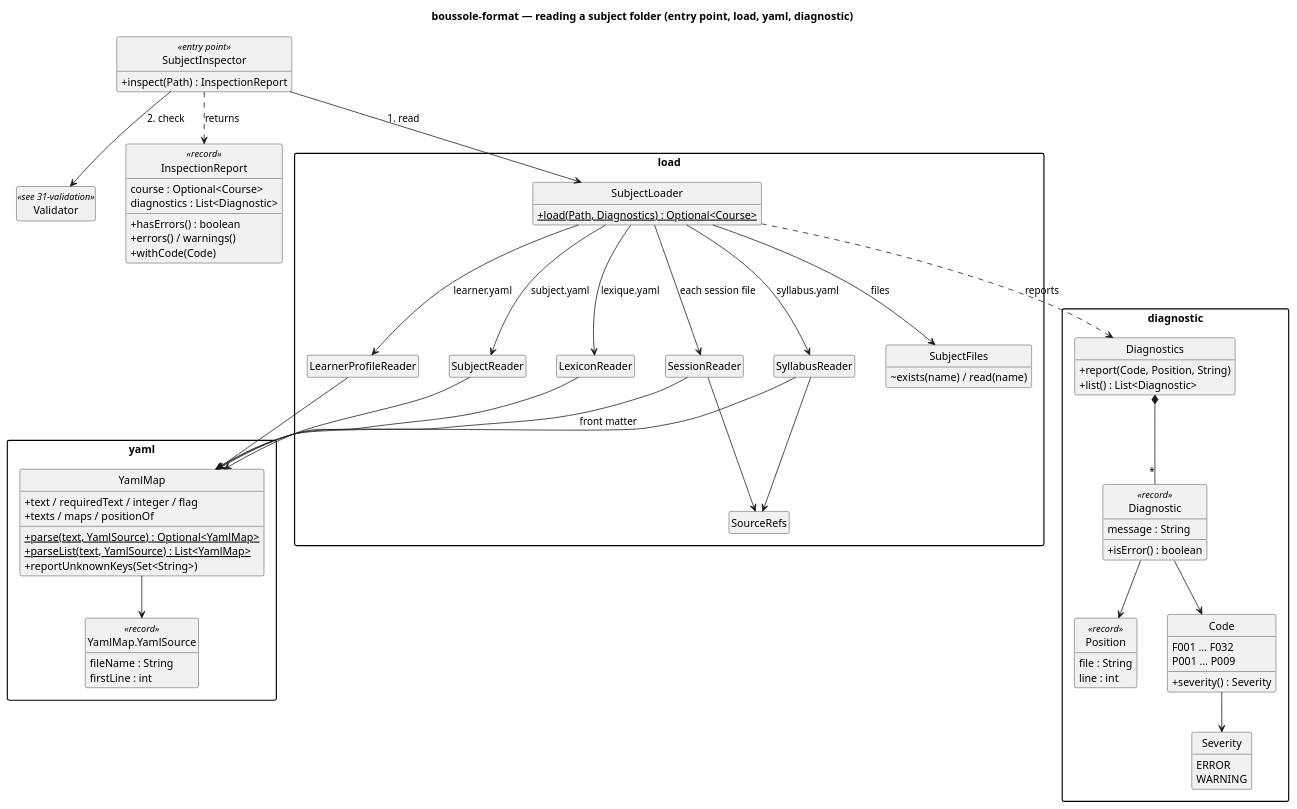
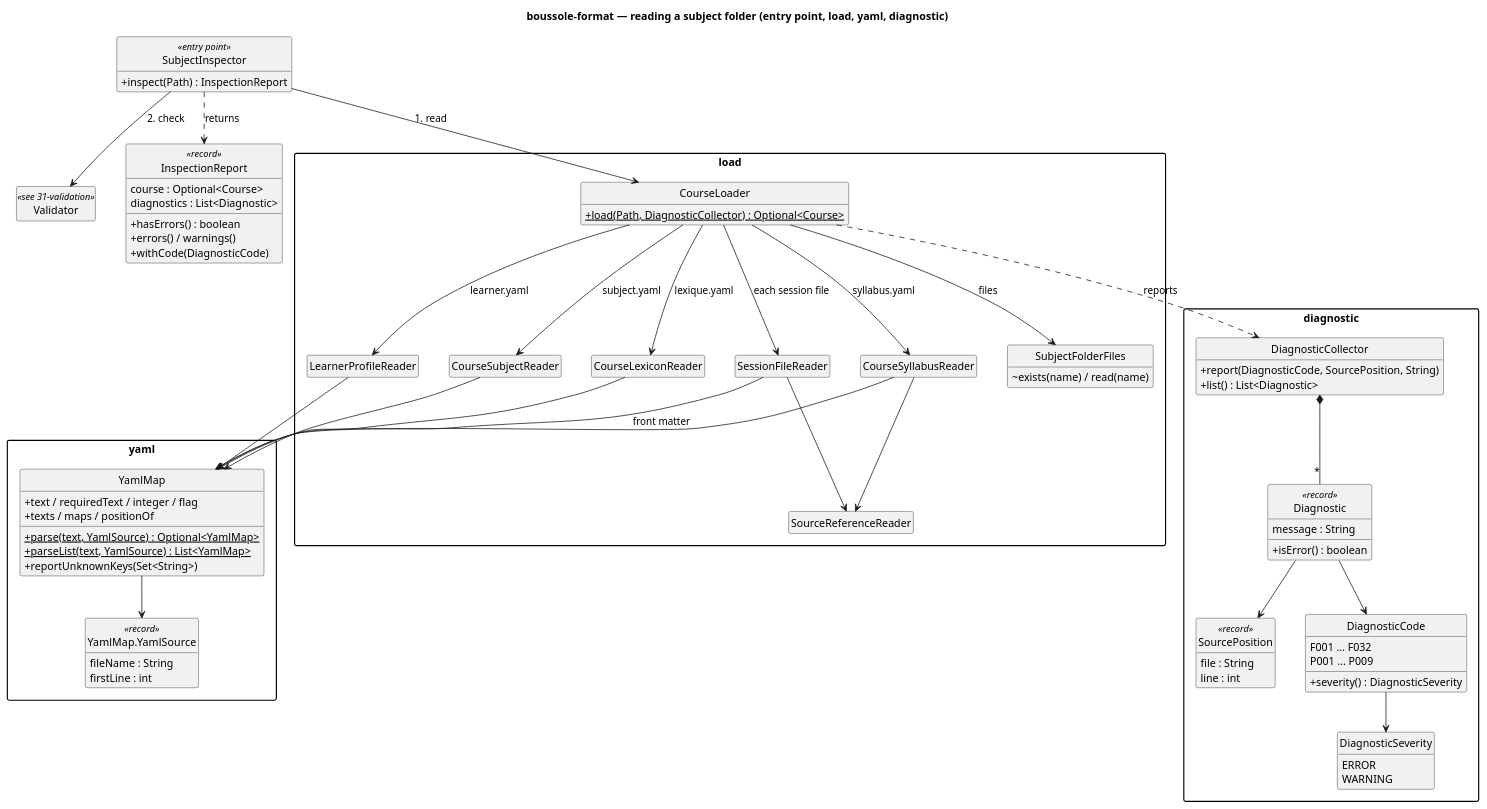
One commit to lucasssoh/Boussole changed the diagram in docs/diagrams/30-loading.puml. Above: the diagram before and after it, drawn with PlantUML. The commit also changed 213 other files, not shown here.

```diff
--- a/docs/diagrams/30-loading.puml
+++ b/docs/diagrams/30-loading.puml
@@ -1,101 +1,101 @@
 @startuml 30-loading
 skinparam packageStyle rectangle
 skinparam classAttributeIconSize 0
 skinparam nodesep 40
 skinparam ranksep 50
 hide empty members
 hide circle
 title boussole-format — reading a subject folder (entry point, load, yaml, diagnostic)
 
 class Validator <<see 31-validation>>
 class SubjectInspector <<entry point>> {
   +inspect(Path) : InspectionReport
 }
 class InspectionReport <<record>> {
   course : Optional<Course>
   diagnostics : List<Diagnostic>
   +hasErrors() : boolean
   +errors() / warnings()
-  +withCode(Code)
+  +withCode(DiagnosticCode)
 }
 
 package "load" {
-  class SubjectLoader {
-    +{static} load(Path, Diagnostics) : Optional<Course>
+  class CourseLoader {
+    +{static} load(Path, DiagnosticCollector) : Optional<Course>
   }
-  class SubjectFiles {
+  class SubjectFolderFiles {
     ~exists(name) / read(name)
   }
-  class SubjectReader
-  class SyllabusReader
-  class LexiconReader
+  class CourseSubjectReader
+  class CourseSyllabusReader
+  class CourseLexiconReader
   class LearnerProfileReader
-  class SessionReader
-  class SourceRefs
+  class SessionFileReader
+  class SourceReferenceReader
 }
 
 package "yaml" {
   class YamlMap {
     +{static} parse(text, YamlSource) : Optional<YamlMap>
     +{static} parseList(text, YamlSource) : List<YamlMap>
     +text / requiredText / integer / flag
     +texts / maps / positionOf
     +reportUnknownKeys(Set<String>)
   }
   class "YamlMap.YamlSource" as YamlSource <<record>> {
     fileName : String
     firstLine : int
   }
 }
 
 package "diagnostic" {
-  class Diagnostics {
-    +report(Code, Position, String)
+  class DiagnosticCollector {
+    +report(DiagnosticCode, SourcePosition, String)
     +list() : List<Diagnostic>
   }
   class Diagnostic <<record>> {
     message : String
     +isError() : boolean
   }
-  enum Code {
+  enum DiagnosticCode {
     F001 … F032
     P001 … P009
-    +severity() : Severity
+    +severity() : DiagnosticSeverity
   }
-  enum Severity {
+  enum DiagnosticSeverity {
     ERROR
     WARNING
   }
-  class Position <<record>> {
+  class SourcePosition <<record>> {
     file : String
     line : int
   }
 }
 
-SubjectInspector --> SubjectLoader : 1. read
+SubjectInspector --> CourseLoader : 1. read
 SubjectInspector ..> InspectionReport : returns
-SubjectLoader --> SubjectFiles : files
-SubjectLoader --> SubjectReader : subject.yaml
-SubjectLoader --> SyllabusReader : syllabus.yaml
-SubjectLoader --> LexiconReader : lexique.yaml
-SubjectLoader --> LearnerProfileReader : learner.yaml
-SubjectLoader --> SessionReader : each session file
-SyllabusReader --> SourceRefs
-SessionReader --> SourceRefs
-SubjectReader --> YamlMap
-SyllabusReader --> YamlMap
-LexiconReader --> YamlMap
+CourseLoader --> SubjectFolderFiles : files
+CourseLoader --> CourseSubjectReader : subject.yaml
+CourseLoader --> CourseSyllabusReader : syllabus.yaml
+CourseLoader --> CourseLexiconReader : lexique.yaml
+CourseLoader --> LearnerProfileReader : learner.yaml
+CourseLoader --> SessionFileReader : each session file
+CourseSyllabusReader --> SourceReferenceReader
+SessionFileReader --> SourceReferenceReader
+CourseSubjectReader --> YamlMap
+CourseSyllabusReader --> YamlMap
+CourseLexiconReader --> YamlMap
 LearnerProfileReader --> YamlMap
-SessionReader --> YamlMap : front matter
+SessionFileReader --> YamlMap : front matter
 YamlMap --> YamlSource
 
 
-Diagnostics *-- "*" Diagnostic
-Diagnostic --> Code
-Diagnostic --> Position
-Code --> Severity
-SubjectLoader ..> Diagnostics : reports
+DiagnosticCollector *-- "*" Diagnostic
+Diagnostic --> DiagnosticCode
+Diagnostic --> SourcePosition
+DiagnosticCode --> DiagnosticSeverity
+CourseLoader ..> DiagnosticCollector : reports
 
 
 SubjectInspector --> Validator : 2. check
 @enduml
```
